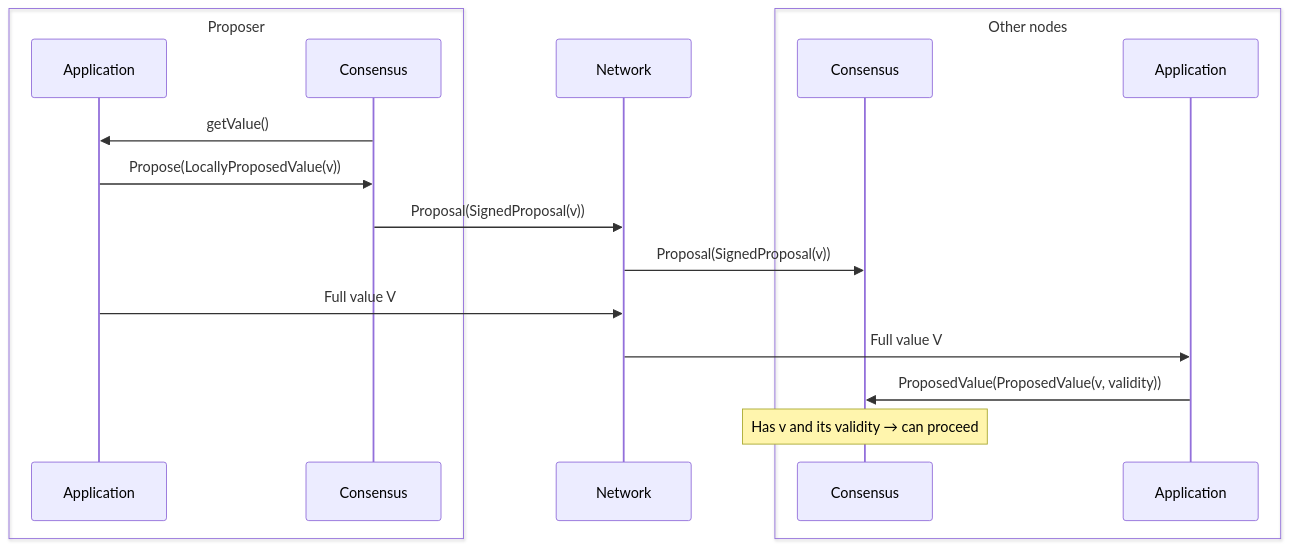
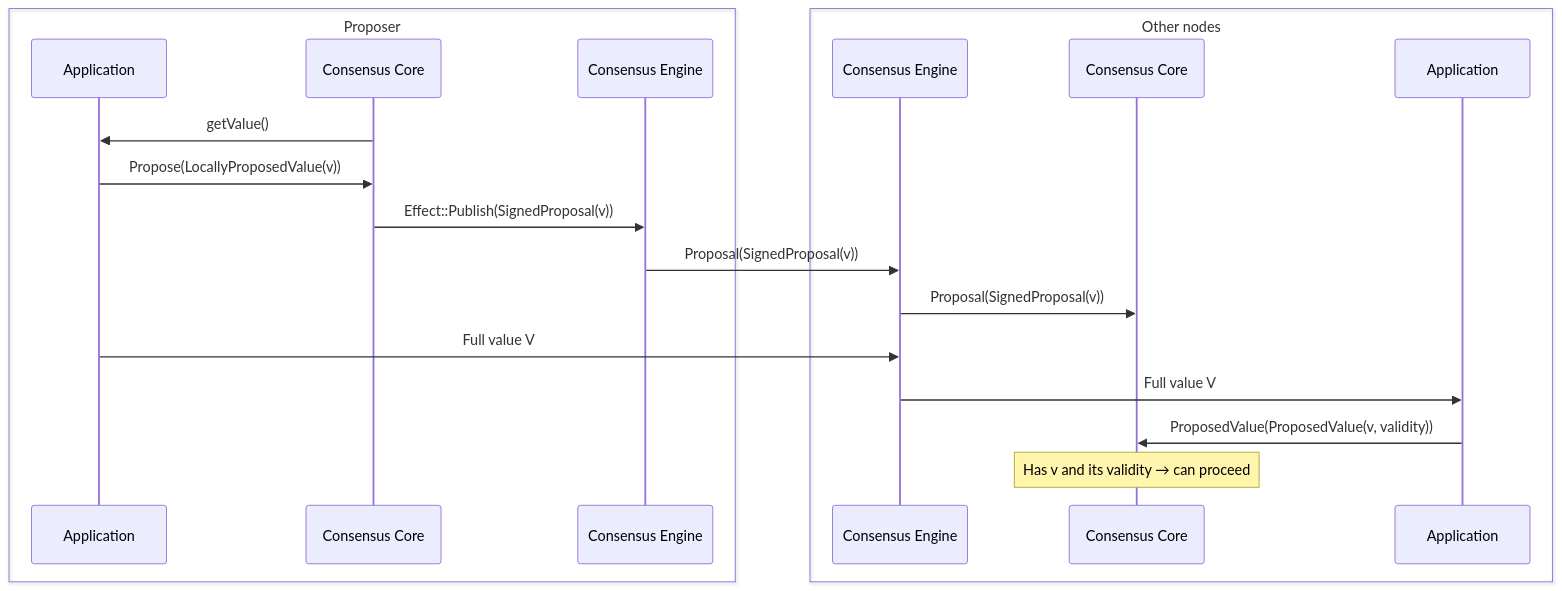
Before and after one commit to circlefin/malachite: the second of 3 diagrams in docs/architecture/adr-003-values-propagation.md, drawn with Mermaid. The commit also changed other lines of this file, not shown here.

Commit message:
Separate consensus core and engine, remove network

````diff
--- a/docs/architecture/adr-003-values-propagation.md
+++ b/docs/architecture/adr-003-values-propagation.md
@@ -178,25 +180,26 @@
 ```mermaid
 sequenceDiagram
     box Proposer
       participant A1 as Application
-      participant C1 as Consensus
+      participant C1 as Consensus Core
+      participant E1 as Consensus Engine
     end
-
-    participant N as Network
     
     box Other nodes
-      participant C2 as Consensus
+      participant E2 as Consensus Engine
+      participant C2 as Consensus Core
       participant A2 as Application
     end
 
     C1->>A1: getValue()
     A1->>C1: Propose(LocallyProposedValue(v))
-    C1->>N: Proposal(SignedProposal(v))
-    N->>C2: Proposal(SignedProposal(v))
+    C1->>E1: Effect::Publish(SignedProposal(v))
+    E1->>E2: Proposal(SignedProposal(v))
 
-    A1->>N: Full value V
-    N->>A2: Full value V
+    E2->>C2: Proposal(SignedProposal(v))
+    A1->>E2: Full value V
+    E2->>A2: Full value V
     A2->>C2: ProposedValue(ProposedValue(v, validity))
 
     Note over C2: Has v and its validity → can proceed
 ```
````
